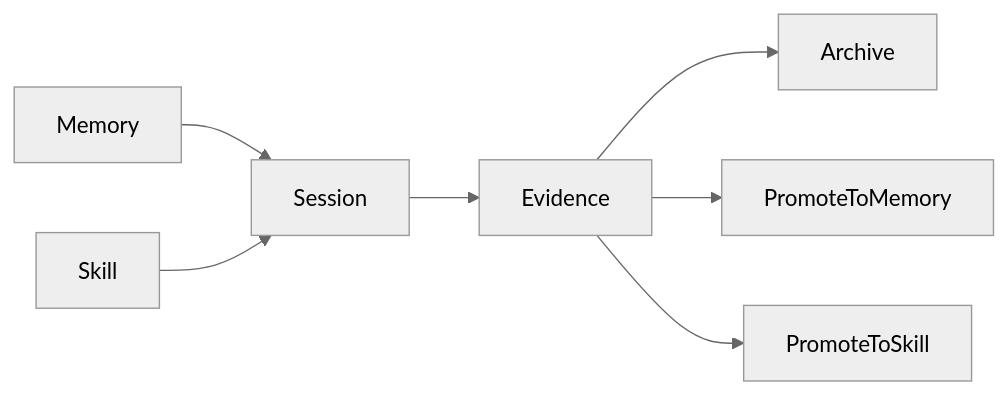
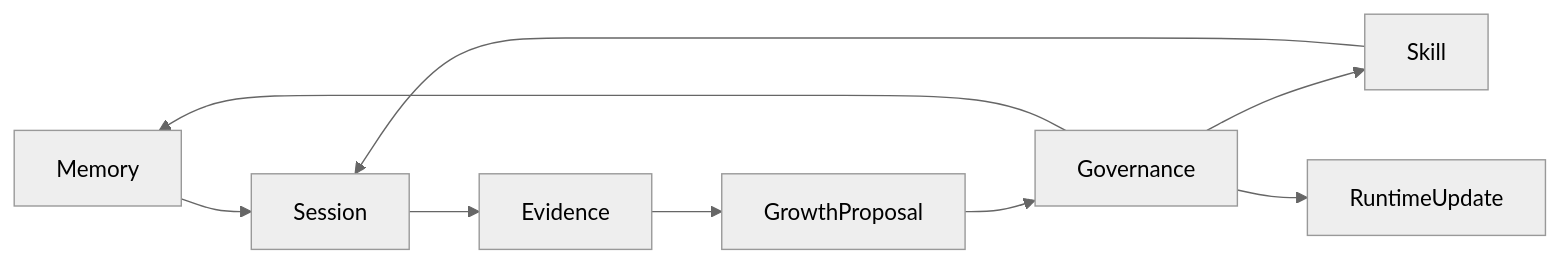
One commit to hujianbest/garage-teams changed the diagram in docs/architecture/A130-garage-continuity-memory-skill-architecture.md. Above: the diagram before and after it, drawn with Mermaid (neutral theme). The commit also changed other lines of this file and 32 other files, not shown here.

````diff
--- a/docs/architecture/A130-garage-continuity-memory-skill-architecture.md
+++ b/docs/architecture/A130-garage-continuity-memory-skill-architecture.md
@@ -76,9 +94,11 @@
 ```mermaid
 flowchart LR
     memory[Memory] --> session[Session]
     skill[Skill] --> session
     session --> evidence[Evidence]
-    evidence --> archive[Archive]
-    evidence --> promoteMemory[PromoteToMemory]
-    evidence --> promoteSkill[PromoteToSkill]
+    evidence --> proposal[GrowthProposal]
+    proposal --> governance[Governance]
+    governance --> memory
+    governance --> skill
+    governance --> runtimeUpdate[RuntimeUpdate]
 ```
````
